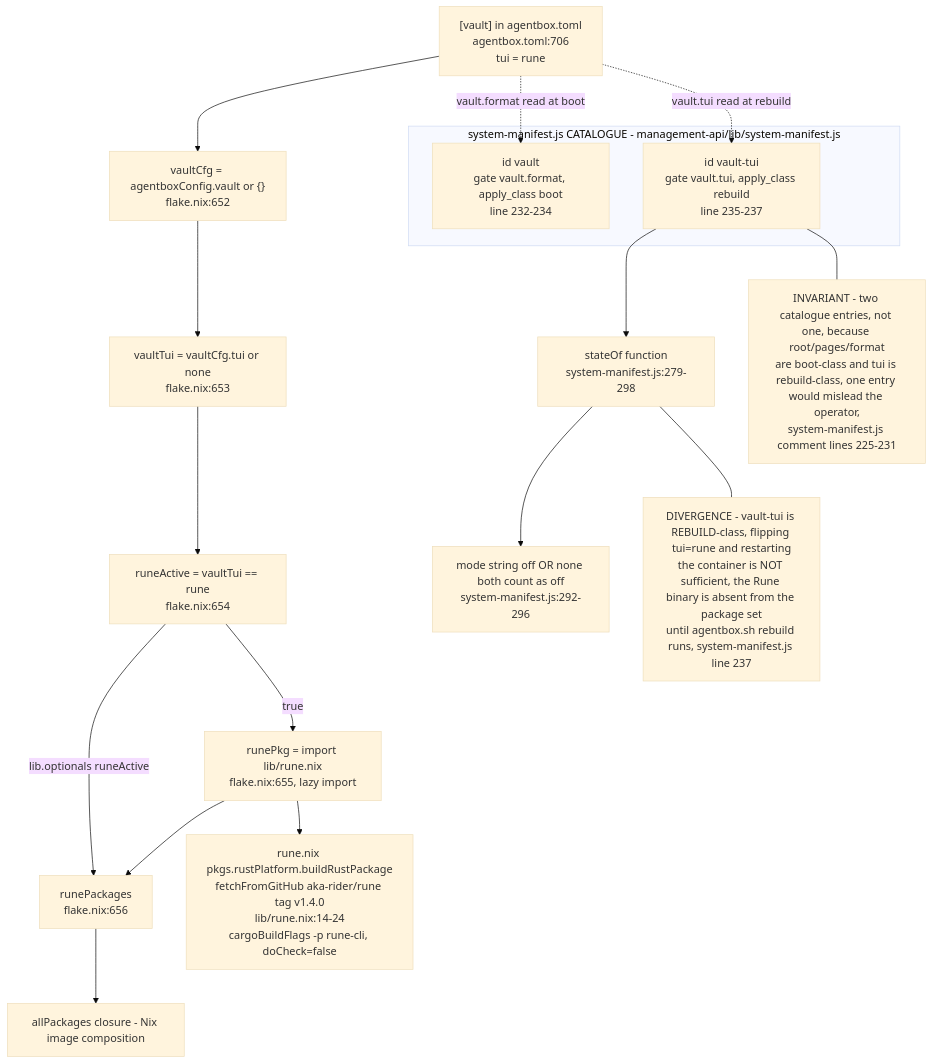
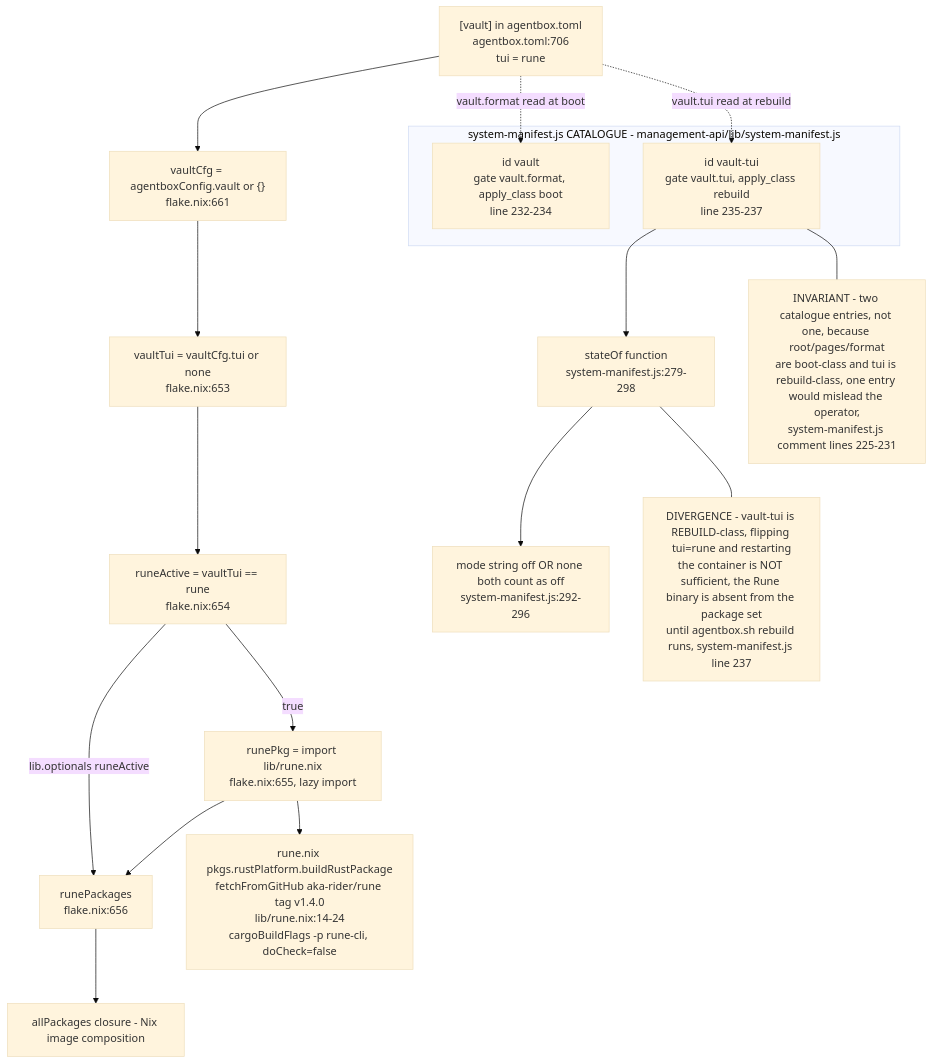
One commit to DreamLab-AI/VisionFlow changed the tenth of 11 diagrams in docs/diagrams/agentbox/01-nix-flake-composition.md. Above: the diagram before and after it, drawn with Mermaid (base theme). The commit also changed other lines of this file and 51 other files, not shown here.

First line of the commit message:
docs(diagrams): agentbox AB-01..13 re-attested anchor by anchor (980 anchors, 22 defects); checkpoint against an out-of-mesh writer

````diff
--- a/docs/diagrams/agentbox/01-nix-flake-composition.md
+++ b/docs/diagrams/agentbox/01-nix-flake-composition.md
@@ -403,32 +403,32 @@
 ```mermaid
 flowchart TB
-    TOMLVAULT["[vault] in agentbox.toml<br/>agentbox.toml:706<br/>tui = rune"] --> VAULTCFG["vaultCfg = agentboxConfig.vault or {}<br/>flake.nix:652"]
+    TOMLVAULT["[vault] in agentbox.toml<br/>agentbox.toml:706<br/>tui = rune"] --> VAULTCFG["vaultCfg = agentboxConfig.vault or {}<br/>flake.nix:661"]
 
     VAULTCFG --> TUIVAL["vaultTui = vaultCfg.tui or none<br/>flake.nix:653"]
     TUIVAL --> RUNEACTIVE["runeActive = vaultTui == rune<br/>flake.nix:654"]
     RUNEACTIVE -->|"true"| RUNEPKGIMPORT["runePkg = import lib/rune.nix<br/>flake.nix:655, lazy import"]
     RUNEACTIVE -->|"lib.optionals runeActive"| RUNEPACKAGES["runePackages<br/>flake.nix:656"]
     RUNEPKGIMPORT --> RUNEPACKAGES
     RUNEPACKAGES --> ALLPKG["allPackages closure - Nix image composition"]
 
     RUNEBUILD["rune.nix pkgs.rustPlatform.buildRustPackage<br/>fetchFromGitHub aka-rider/rune tag v1.4.0<br/>lib/rune.nix:14-24<br/>cargoBuildFlags -p rune-cli, doCheck=false"]
     RUNEPKGIMPORT --> RUNEBUILD
 
     subgraph MANIFEST["system-manifest.js CATALOGUE - management-api/lib/system-manifest.js"]
         VAULTENTRY["id vault<br/>gate vault.format, apply_class boot<br/>line 232-234"]
         VAULTTUIENTRY["id vault-tui<br/>gate vault.tui, apply_class rebuild<br/>line 235-237"]
     end
 
     TOMLVAULT -.->|"vault.format read at boot"| VAULTENTRY
     TOMLVAULT -.->|"vault.tui read at rebuild"| VAULTTUIENTRY
 
     STATEOF["stateOf function<br/>system-manifest.js:279-298"]
     VAULTTUIENTRY --> STATEOF
     STATEOF --> MODESTRING["mode string off OR none both count as off<br/>system-manifest.js:292-296"]
 
     NOTE1["INVARIANT - two catalogue entries, not one, because root/pages/format<br/>are boot-class and tui is rebuild-class, one entry would mislead the operator,<br/>system-manifest.js comment lines 225-231"]
     VAULTTUIENTRY --- NOTE1
 
     NOTE2["DIVERGENCE - vault-tui is REBUILD-class, flipping tui=rune and restarting<br/>the container is NOT sufficient, the Rune binary is absent from the package set<br/>until agentbox.sh rebuild runs, system-manifest.js line 237"]
     STATEOF --- NOTE2
 ```
````
